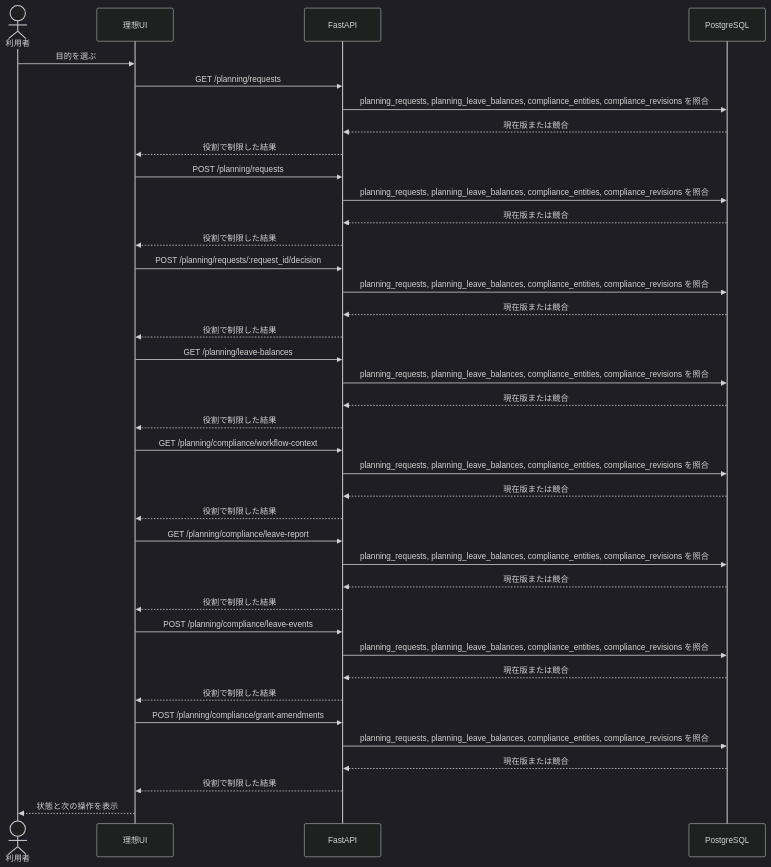
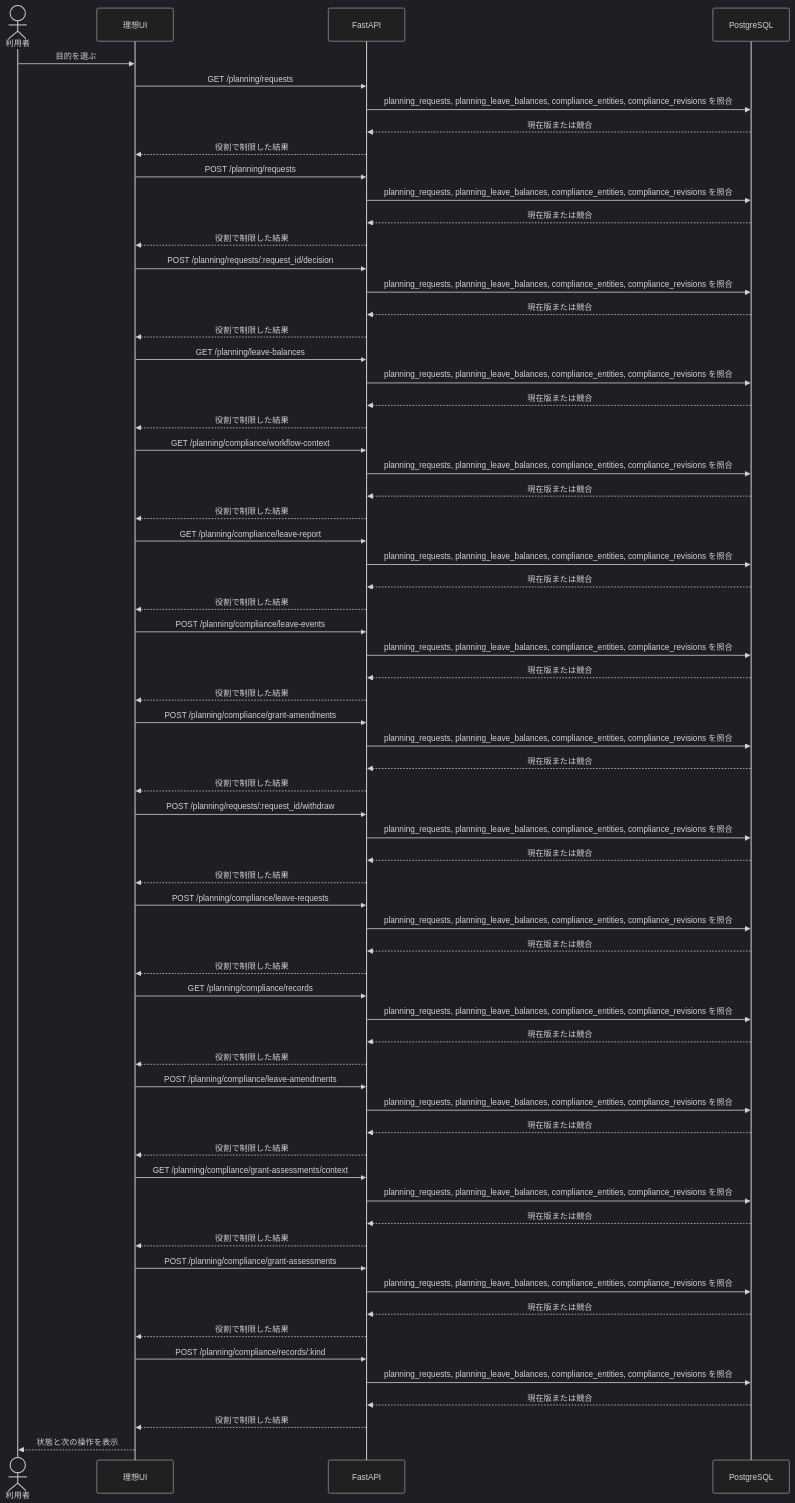
One commit to yskfuji/PharmShiftMaker changed diagram 19 of 29 in docs/architecture/er/usecase-sequences.md. Above: the diagram before and after it, drawn with Mermaid (dark theme). The commit also changed other lines of this file and 453 other files, not shown here.

````diff
--- a/docs/architecture/er/usecase-sequences.md
+++ b/docs/architecture/er/usecase-sequences.md
@@ -627,43 +627,71 @@
 ```mermaid
 sequenceDiagram
   accTitle: U19 休暇
   accDescr: /workspace/requests/leave からサーバー認可済みAPIを呼び、記録を読み書きして結果を表示する。
   actor User as 利用者
   participant UI as 理想UI
   participant API as FastAPI
   participant DB as PostgreSQL
   User->>UI: 目的を選ぶ
   UI->>API: GET /planning/requests
   API->>DB: planning_requests, planning_leave_balances, compliance_entities, compliance_revisions を照合
   DB-->>API: 現在版または競合
   API-->>UI: 役割で制限した結果
   UI->>API: POST /planning/requests
   API->>DB: planning_requests, planning_leave_balances, compliance_entities, compliance_revisions を照合
   DB-->>API: 現在版または競合
   API-->>UI: 役割で制限した結果
   UI->>API: POST /planning/requests/:request_id/decision
   API->>DB: planning_requests, planning_leave_balances, compliance_entities, compliance_revisions を照合
   DB-->>API: 現在版または競合
   API-->>UI: 役割で制限した結果
   UI->>API: GET /planning/leave-balances
   API->>DB: planning_requests, planning_leave_balances, compliance_entities, compliance_revisions を照合
   DB-->>API: 現在版または競合
   API-->>UI: 役割で制限した結果
   UI->>API: GET /planning/compliance/workflow-context
   API->>DB: planning_requests, planning_leave_balances, compliance_entities, compliance_revisions を照合
   DB-->>API: 現在版または競合
   API-->>UI: 役割で制限した結果
   UI->>API: GET /planning/compliance/leave-report
   API->>DB: planning_requests, planning_leave_balances, compliance_entities, compliance_revisions を照合
   DB-->>API: 現在版または競合
   API-->>UI: 役割で制限した結果
   UI->>API: POST /planning/compliance/leave-events
   API->>DB: planning_requests, planning_leave_balances, compliance_entities, compliance_revisions を照合
   DB-->>API: 現在版または競合
   API-->>UI: 役割で制限した結果
   UI->>API: POST /planning/compliance/grant-amendments
   API->>DB: planning_requests, planning_leave_balances, compliance_entities, compliance_revisions を照合
   DB-->>API: 現在版または競合
   API-->>UI: 役割で制限した結果
+  UI->>API: POST /planning/requests/:request_id/withdraw
+  API->>DB: planning_requests, planning_leave_balances, compliance_entities, compliance_revisions を照合
+  DB-->>API: 現在版または競合
+  API-->>UI: 役割で制限した結果
+  UI->>API: POST /planning/compliance/leave-requests
+  API->>DB: planning_requests, planning_leave_balances, compliance_entities, compliance_revisions を照合
+  DB-->>API: 現在版または競合
+  API-->>UI: 役割で制限した結果
+  UI->>API: GET /planning/compliance/records
+  API->>DB: planning_requests, planning_leave_balances, compliance_entities, compliance_revisions を照合
+  DB-->>API: 現在版または競合
+  API-->>UI: 役割で制限した結果
+  UI->>API: POST /planning/compliance/leave-amendments
+  API->>DB: planning_requests, planning_leave_balances, compliance_entities, compliance_revisions を照合
+  DB-->>API: 現在版または競合
+  API-->>UI: 役割で制限した結果
+  UI->>API: GET /planning/compliance/grant-assessments/context
+  API->>DB: planning_requests, planning_leave_balances, compliance_entities, compliance_revisions を照合
+  DB-->>API: 現在版または競合
+  API-->>UI: 役割で制限した結果
+  UI->>API: POST /planning/compliance/grant-assessments
+  API->>DB: planning_requests, planning_leave_balances, compliance_entities, compliance_revisions を照合
+  DB-->>API: 現在版または競合
+  API-->>UI: 役割で制限した結果
+  UI->>API: POST /planning/compliance/records/:kind
+  API->>DB: planning_requests, planning_leave_balances, compliance_entities, compliance_revisions を照合
+  DB-->>API: 現在版または競合
+  API-->>UI: 役割で制限した結果
   UI-->>User: 状態と次の操作を表示
 ```
````
